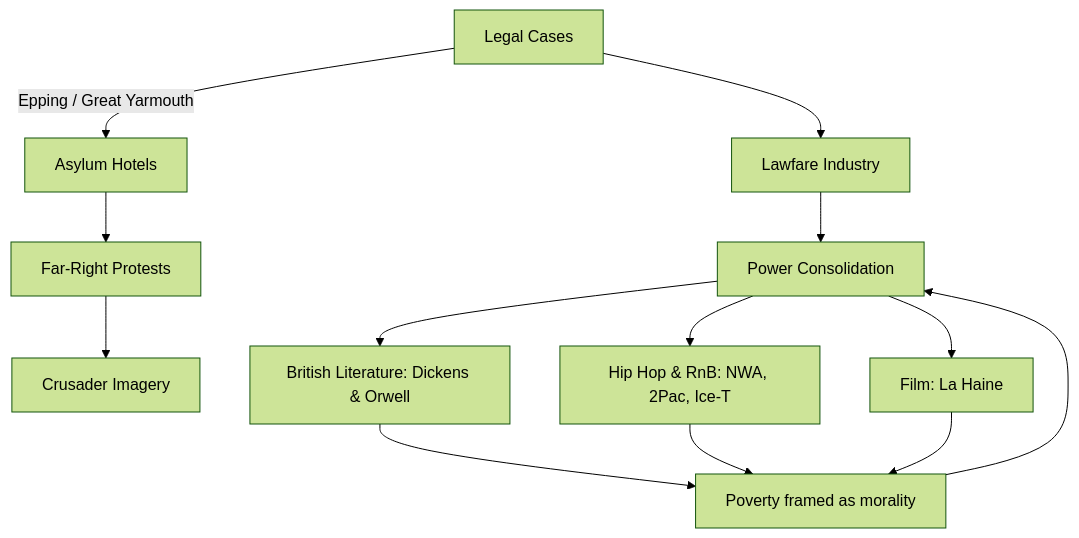
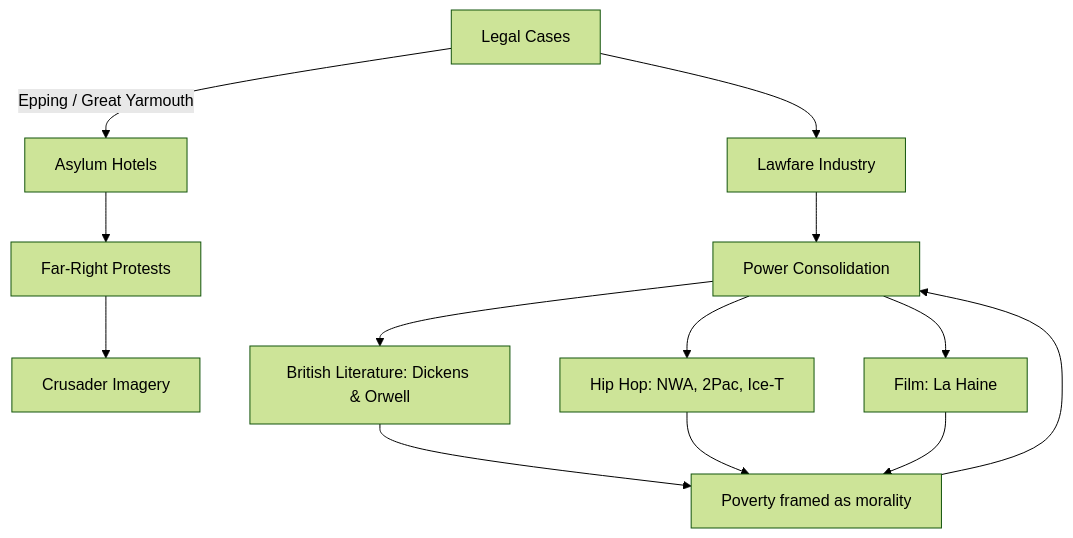
The diagram in Disruption_Kit/Big_Picture_Protocols/🪬_Radicalisation_Extremism/🏨_hotels_protests_and_power_consolidation.md (josefsbreakfast/Polaris-Protocol), drawn with Mermaid (forest theme) before and after one commit. The commit also changed other lines of this file, not shown here.

````diff
--- a/Disruption_Kit/Big_Picture_Protocols/🪬_Radicalisation_Extremism/🏨_hotels_protests_and_power_consolidation.md
+++ b/Disruption_Kit/Big_Picture_Protocols/🪬_Radicalisation_Extremism/🏨_hotels_protests_and_power_consolidation.md
@@ -170,15 +179,15 @@
 ```mermaid
 graph TD
     A[Legal Cases] -->|Epping / Great Yarmouth| B[Asylum Hotels]
     B --> C[Far-Right Protests]
     C --> D[Crusader Imagery]
     A --> E[Lawfare Industry]
     E --> F[Power Consolidation]
     F --> G[British Literature: Dickens & Orwell]
-    F --> H[Hip Hop & RnB: NWA, 2Pac, Ice-T]
+    F --> H[Hip Hop: NWA, 2Pac, Ice-T]
     F --> I[Film: La Haine]
     G --> J[Poverty framed as morality]
     H --> J
     I --> J
     J --> F
 ```  
````
